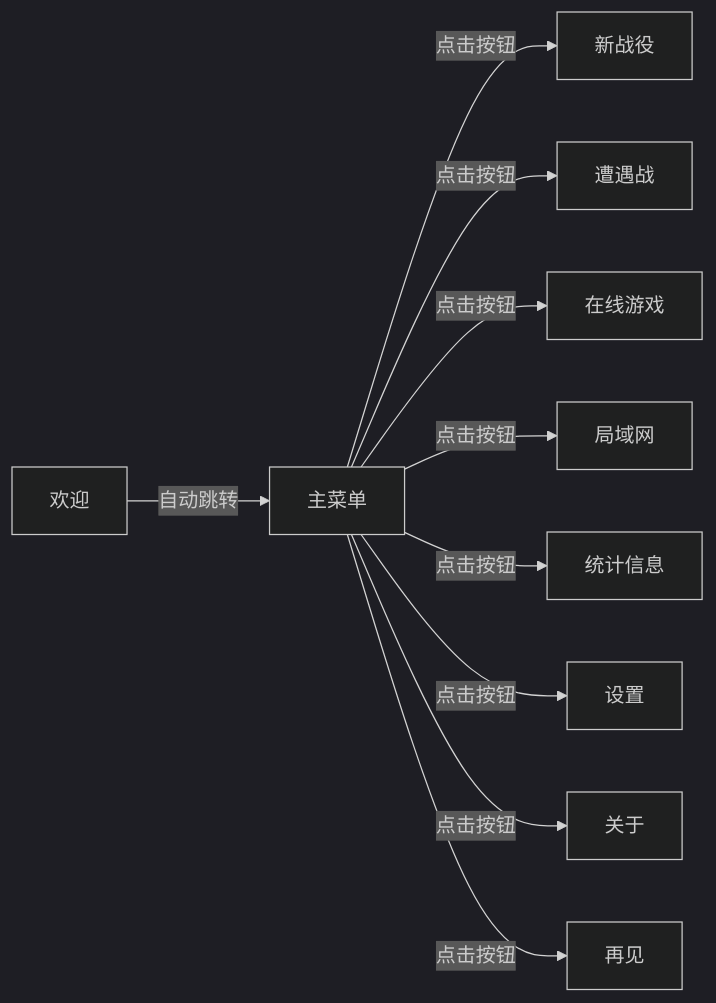
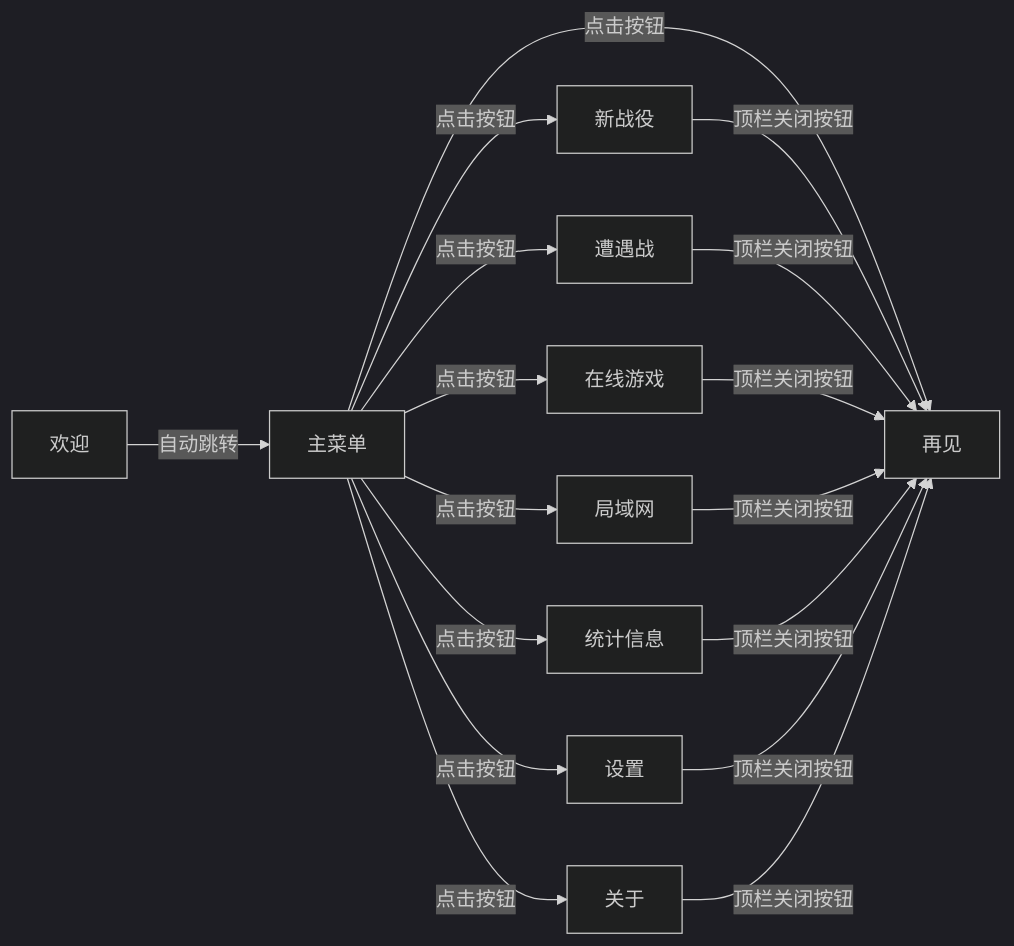
The diagram in docs/pages.md (ShimakazeProject/Shimakaze.Client), drawn with Mermaid (dark theme) before and after one commit. The commit also changed 3 other files, not shown here.

```diff
--- a/docs/pages.md
+++ b/docs/pages.md
@@ -5,14 +5,21 @@
 ::: mermaid
 graph LR;
 
 欢迎 --自动跳转--> 主菜单;
 主菜单 --点击按钮--> 新战役;
 主菜单 --点击按钮--> 遭遇战;
 主菜单 --点击按钮--> 在线游戏;
 主菜单 --点击按钮--> 局域网;
 主菜单 --点击按钮--> 统计信息;
 主菜单 --点击按钮--> 设置;
 主菜单 --点击按钮--> 关于;
 主菜单 --点击按钮--> 再见;
+新战役 --顶栏关闭按钮--> 再见;
+遭遇战 --顶栏关闭按钮--> 再见;
+在线游戏 --顶栏关闭按钮--> 再见;
+局域网 --顶栏关闭按钮--> 再见;
+统计信息 --顶栏关闭按钮--> 再见;
+设置 --顶栏关闭按钮--> 再见;
+关于 --顶栏关闭按钮--> 再见;
 
 :::
```
